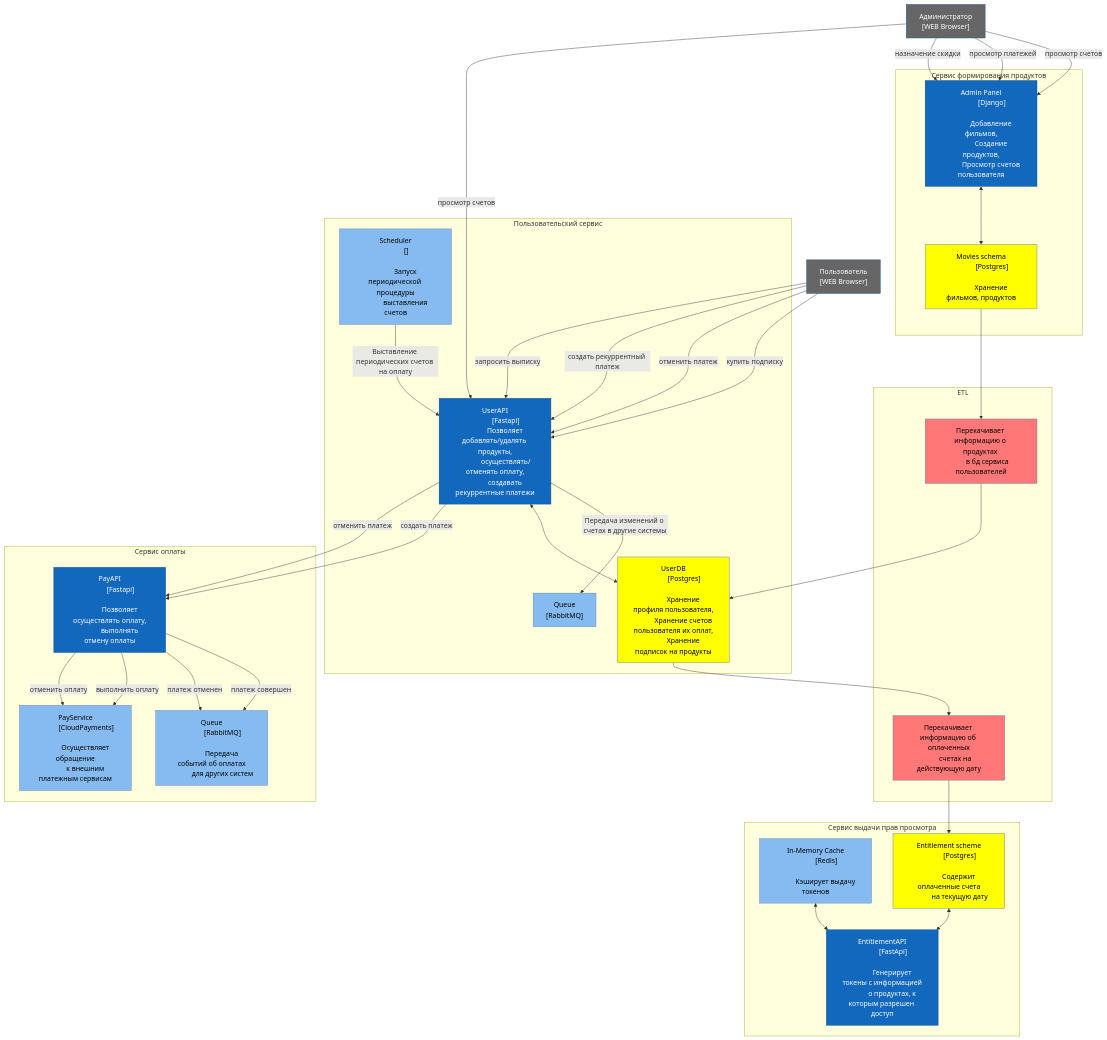
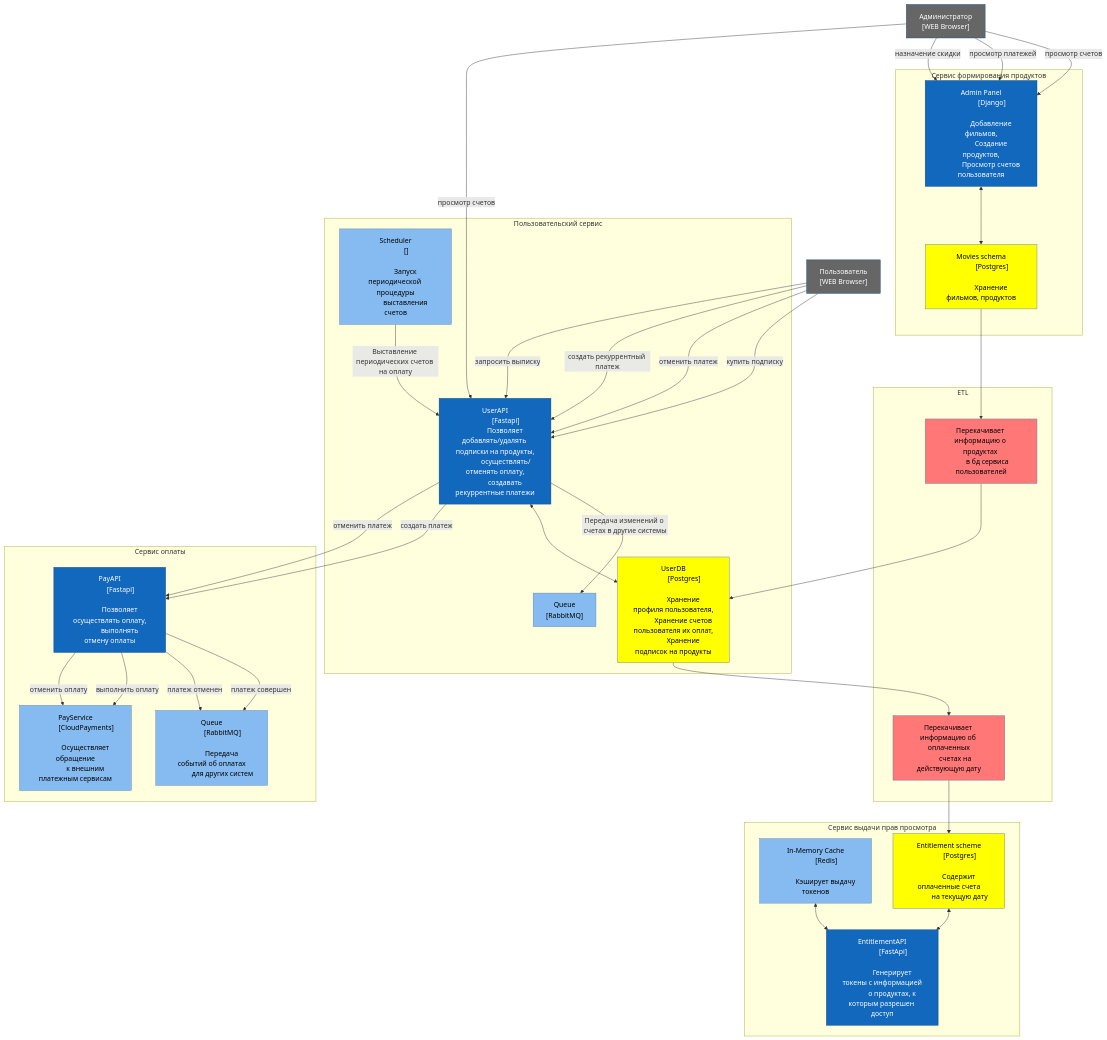
One commit to fall3nangel/Billing_Stripe changed the diagram in architecture/components.md. Above: the diagram before and after it, drawn with Mermaid.

Commit message:
remove role-group

```diff
--- a/architecture/components.md
+++ b/architecture/components.md
@@ -48,7 +48,7 @@
     subgraph "Пользовательский сервис"
         UserAPI["UserAPI
             [Fastapi]
-            Позволяет добавлять/удалять продукты,
+            Позволяет добавлять/удалять подписки на продукты,
             осуществлять/отменять оплату,
             создавать рекуррентные платежи"]
         
```
